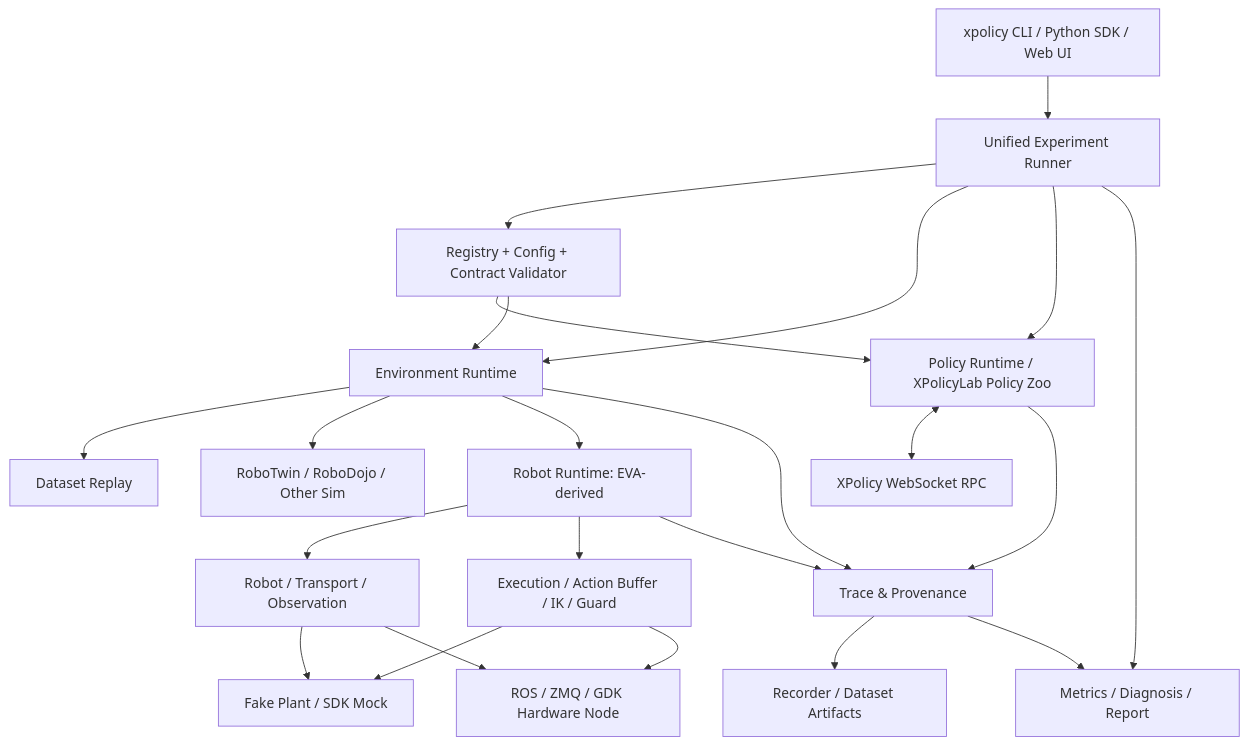
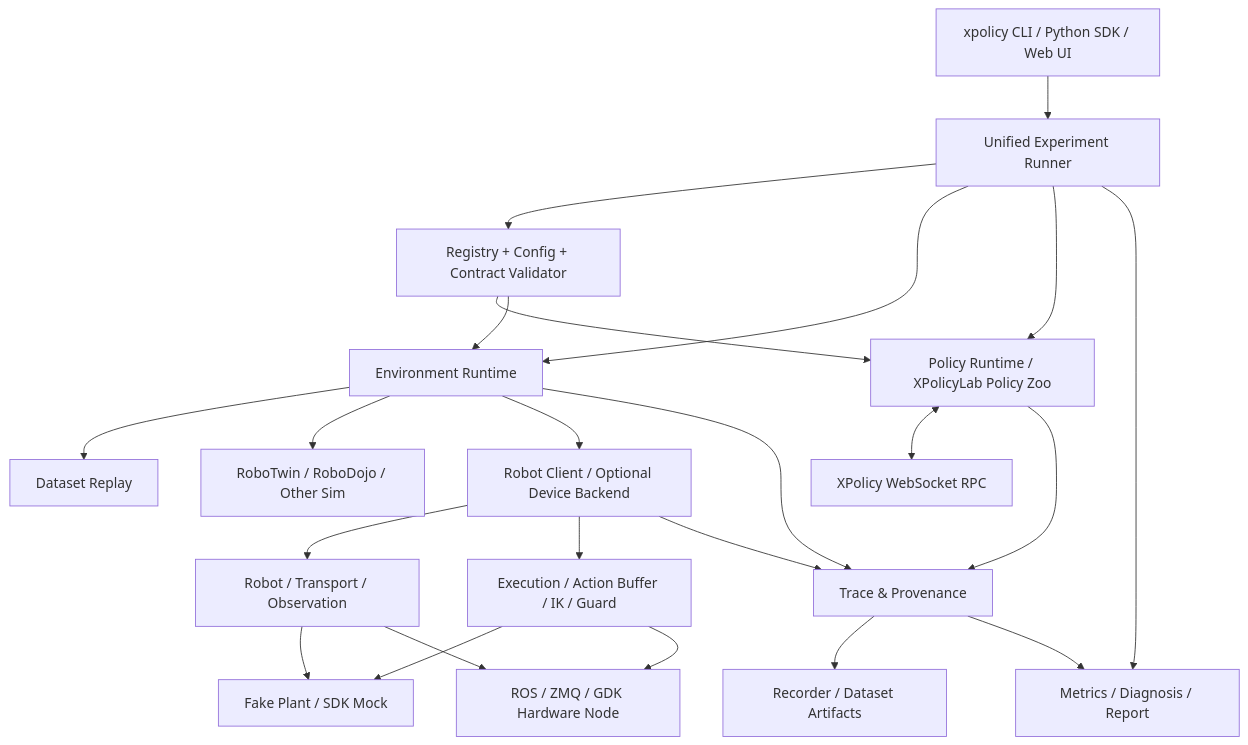
One commit to robot-feng/XPolicyLab changed the first of 4 diagrams in XPolicyLab_Unified_v4_Architecture_Blueprint.md. Above: the diagram before and after it, drawn with Mermaid. The commit also changed other lines of this file and 8 other files, not shown here.

Commit message:
Clarify robot client scope and unify ME-Dex images

````diff
--- a/XPolicyLab_Unified_v4_Architecture_Blueprint.md
+++ b/XPolicyLab_Unified_v4_Architecture_Blueprint.md
@@ -100,25 +101,25 @@
 ```mermaid
 flowchart TB
   CLI["xpolicy CLI / Python SDK / Web UI"] --> R["Unified Experiment Runner"]
   R --> REG["Registry + Config + Contract Validator"]
   R --> ENV["Environment Runtime"]
   R --> POL["Policy Runtime / XPolicyLab Policy Zoo"]
   POL <--> RPC["XPolicy WebSocket RPC"]
   REG --> POL
   REG --> ENV
   ENV --> DS["Dataset Replay"]
   ENV --> SIM["RoboTwin / RoboDojo / Other Sim"]
-  ENV --> REAL["Robot Runtime: EVA-derived"]
+  ENV --> REAL["Robot Client / Optional Device Backend"]
   REAL --> SRC["Robot / Transport / Observation"]
   REAL --> EXEC["Execution / Action Buffer / IK / Guard"]
   SRC --> FAKE["Fake Plant / SDK Mock"]
   SRC --> HW["ROS / ZMQ / GDK Hardware Node"]
   EXEC --> FAKE
   EXEC --> HW
   POL --> TR["Trace & Provenance"]
   ENV --> TR
   REAL --> TR
   TR --> REC["Recorder / Dataset Artifacts"]
   TR --> MET["Metrics / Diagnosis / Report"]
   R --> MET
 ```
````
